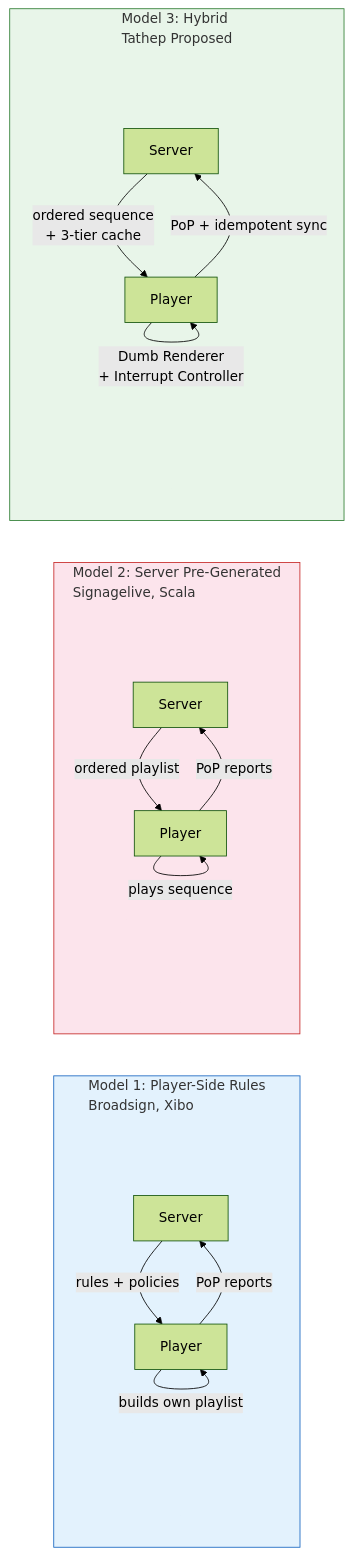
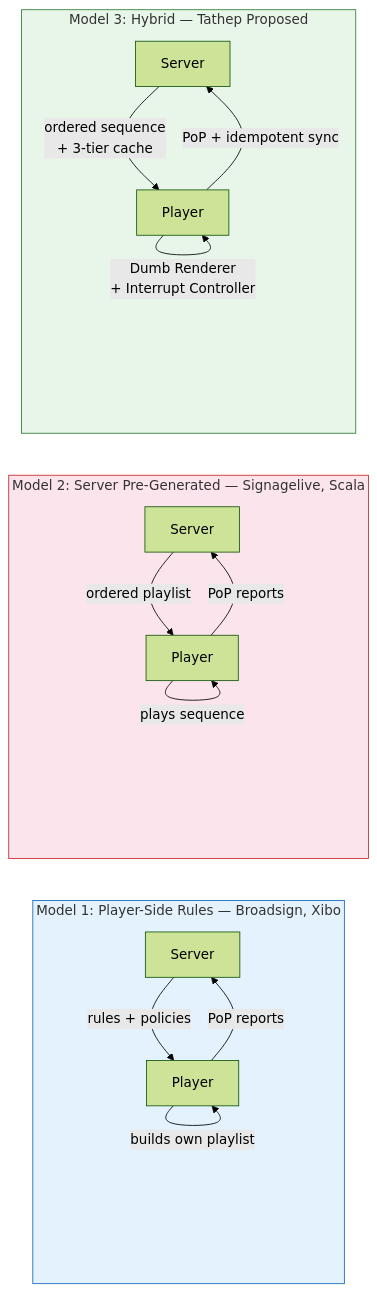
Before and after one commit to wasikarn/jira-generator: the diagram in scripts/diagrams/13-industry-comparison.mmd, drawn with Mermaid (forest theme). The commit also changed 6 other files, not shown here.

First line of the commit message:
fix: use single-line subgraph titles to prevent node overlap in diagrams

```diff
--- a/scripts/diagrams/13-industry-comparison.mmd
+++ b/scripts/diagrams/13-industry-comparison.mmd
@@ -1,29 +1,25 @@
 flowchart LR
-    subgraph M1["Model 1: Player-Side Rules<br/>Broadsign, Xibo"]
+    subgraph M1["Model 1: Player-Side Rules — Broadsign, Xibo"]
         direction TB
-        M1_pad[ ]:::spacer ~~~ M1S
         M1S["Server"] -->|"rules + policies"| M1P["Player"]
         M1P -->|"builds own playlist"| M1P
         M1P -->|"PoP reports"| M1S
     end
 
-    subgraph M2["Model 2: Server Pre-Generated<br/>Signagelive, Scala"]
+    subgraph M2["Model 2: Server Pre-Generated — Signagelive, Scala"]
         direction TB
-        M2_pad[ ]:::spacer ~~~ M2S
         M2S["Server"] -->|"ordered playlist"| M2P["Player"]
         M2P -->|"plays sequence"| M2P
         M2P -->|"PoP reports"| M2S
     end
 
-    subgraph M3["Model 3: Hybrid<br/>Tathep Proposed"]
+    subgraph M3["Model 3: Hybrid — Tathep Proposed"]
         direction TB
-        M3_pad[ ]:::spacer ~~~ M3S
         M3S["Server"] -->|"ordered sequence<br/>+ 3-tier cache"| M3P["Player"]
         M3P -->|"Dumb Renderer<br/>+ Interrupt Controller"| M3P
         M3P -->|"PoP + idempotent sync"| M3S
     end
 
-    classDef spacer fill:none,stroke:none,color:transparent
     style M1 fill:#e3f2fd,stroke:#1565C0
     style M2 fill:#fce4ec,stroke:#C62828
     style M3 fill:#e8f5e9,stroke:#2E7D32
```
